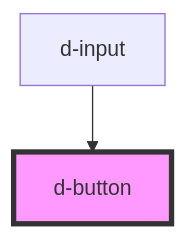
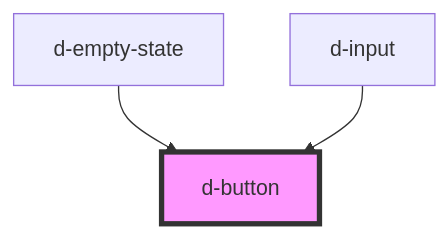
One commit to ForkbombEu/didroom-components changed the diagram in src/components/button/readme.md. Above: the diagram before and after it, drawn with Mermaid. The commit also changed other lines of this file and 10 other files, not shown here.

````diff
--- a/src/components/button/readme.md
+++ b/src/components/button/readme.md
@@ -38,5 +39,6 @@
 ```mermaid
 graph TD;
+  d-empty-state --> d-button
   d-input --> d-button
   style d-button fill:#f9f,stroke:#333,stroke-width:4px
 ```
````
